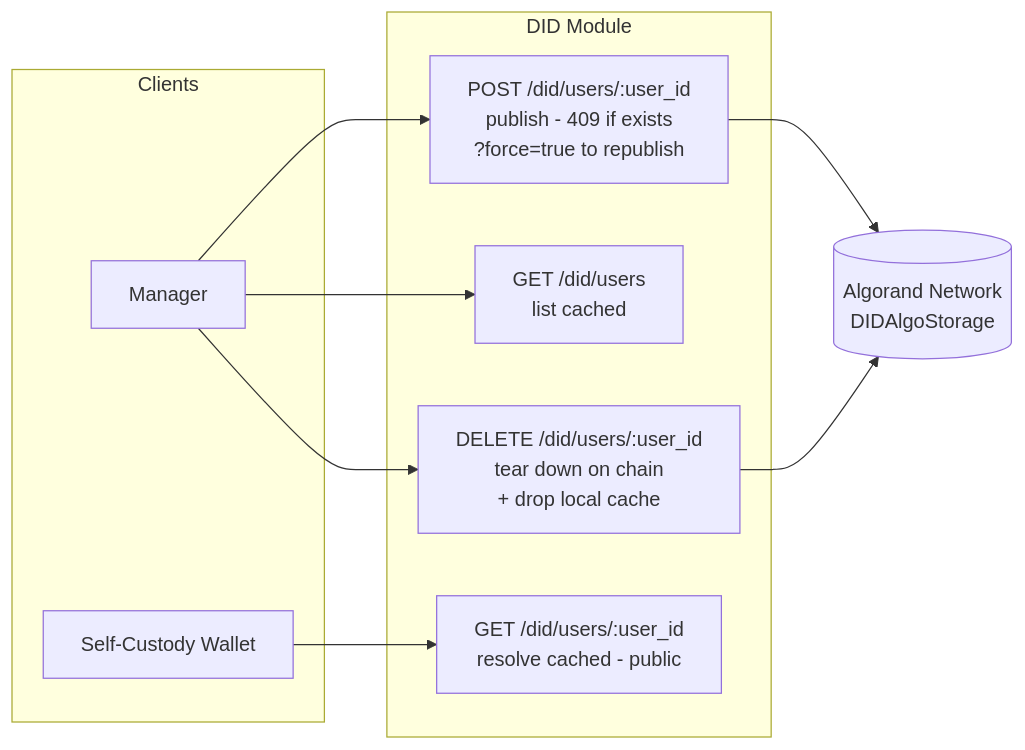
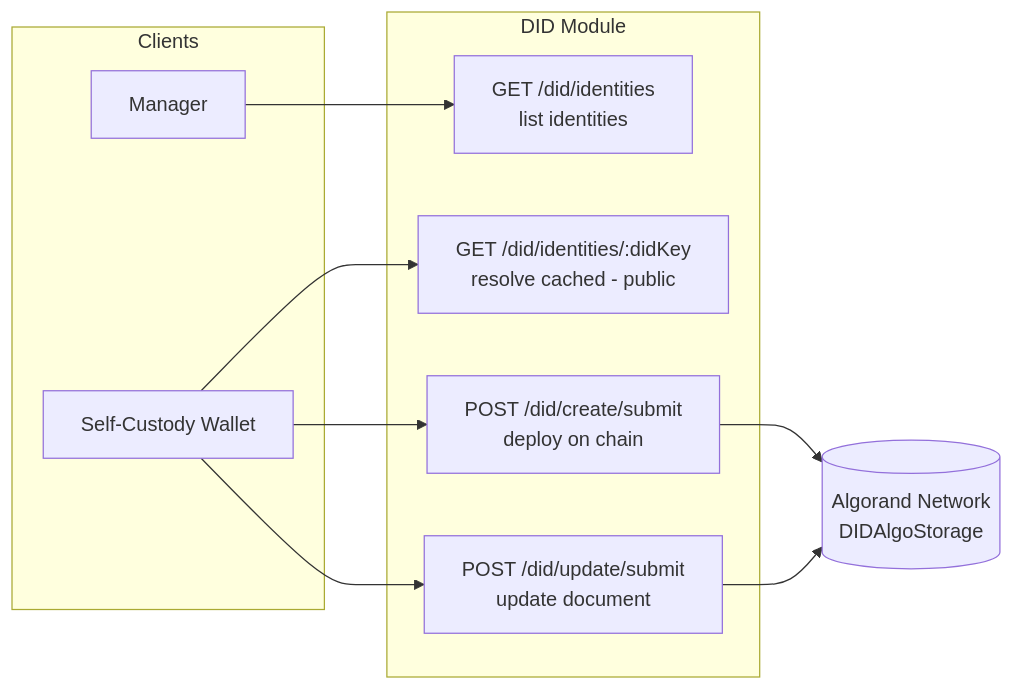
Before and after one commit to algorandfoundation/chess-gateway: the third of 4 diagrams in SEQUENCE.md, drawn with Mermaid. The commit also changed other lines of this file and 118 other files, not shown here.

Commit message:
wip: finalize flows for vc/did

````diff
--- a/SEQUENCE.md
+++ b/SEQUENCE.md
@@ -47,24 +47,24 @@
 ```mermaid
 flowchart LR
     subgraph Clients
         M[Manager]
         A[Self-Custody Wallet]
     end
 
     subgraph DID Module
-        P[POST /did/users/:user_id<br/>publish - 409 if exists<br/>?force=true to republish]
-        L[GET /did/users<br/>list cached]
-        G[GET /did/users/:user_id<br/>resolve cached - public]
-        D[DELETE /did/users/:user_id<br/>tear down on chain<br/>+ drop local cache]
+        L[GET /did/identities<br/>list identities]
+        G[GET /did/identities/:didKey<br/>resolve cached - public]
+        C[POST /did/create/submit<br/>deploy on chain]
+        U[POST /did/update/submit<br/>update document]
     end
 
     Network[(Algorand Network<br/>DIDAlgoStorage)]
 
-    M --> P
     M --> L
-    M --> D
     A --> G
+    A --> C
+    A --> U
 
-    P --> Network
-    D --> Network
+    C --> Network
+    U --> Network
 ```
````
